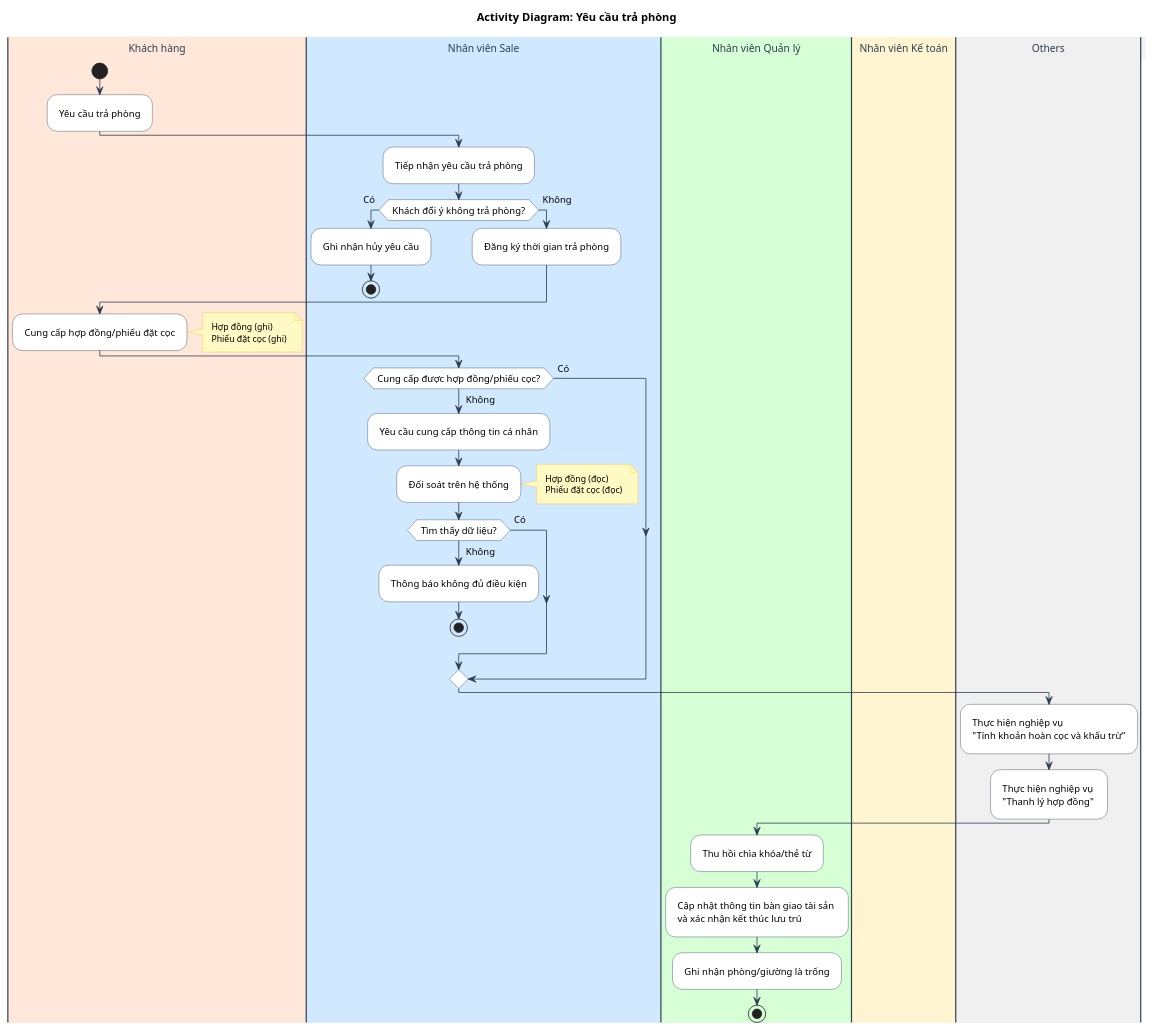
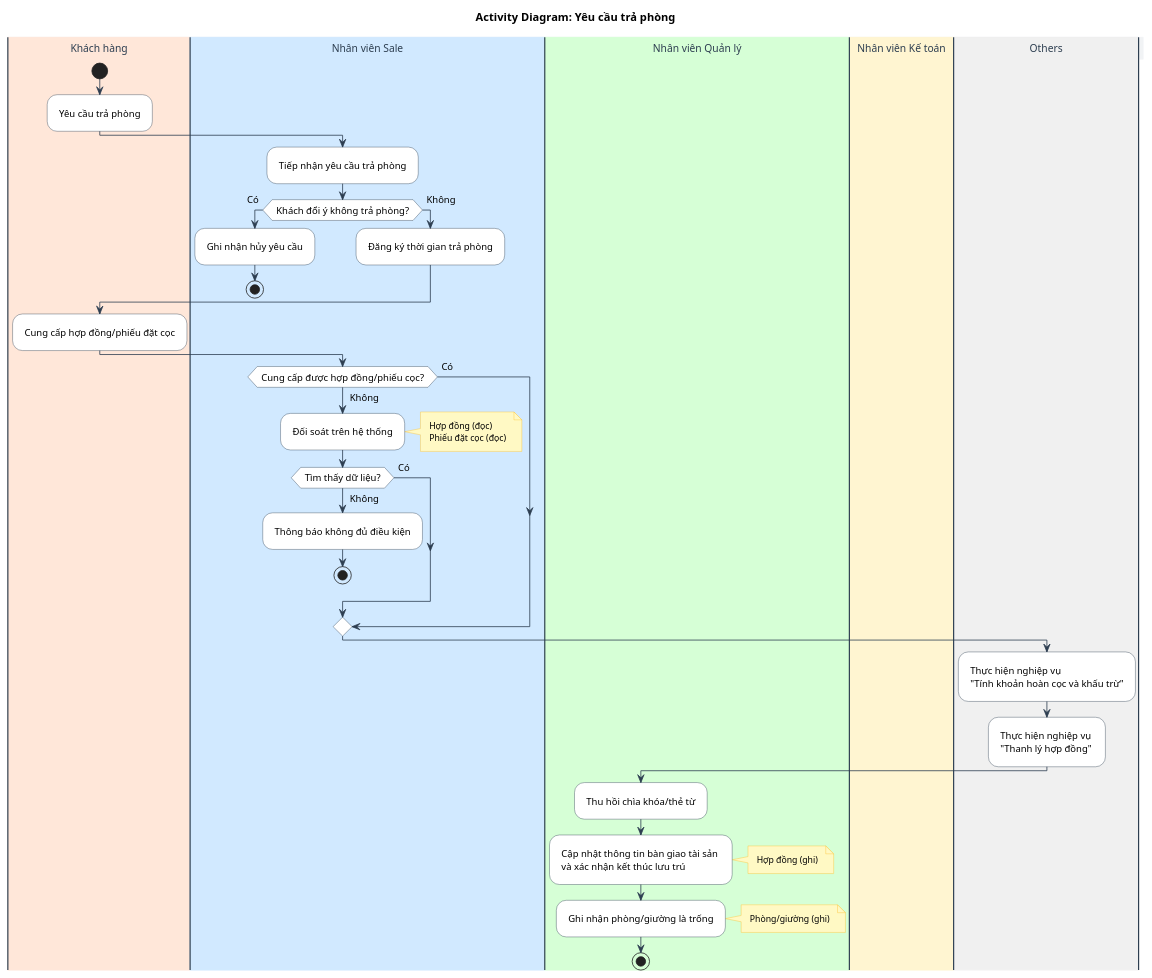
One commit to Gnourt812005/HCMUS-Analyze-and-desgin-IS changed the diagram in doc/business/activity/yeu_cau_tra_phong.wsd. Above: the diagram before and after it, drawn with PlantUML. The commit also changed 5 other files, not shown here.

```diff
--- a/doc/business/activity/yeu_cau_tra_phong.wsd
+++ b/doc/business/activity/yeu_cau_tra_phong.wsd
@@ -1,81 +1,82 @@
 @startuml YeuCauTraPhong
 title Activity Diagram: Yêu cầu trả phòng
 
 ' --- STYLE CONFIGURATION ---
 skinparam {
     ActivityBackgroundColor White
     ActivityBorderColor #2D3E50
     ArrowColor #2D3E50
     DefaultFontName "Arial"
     DefaultFontSize 12
     Padding 5
 
     ' Swimlane styling
     SwimlaneBorderColor #2D3E50
     SwimlaneTitleBackgroundColor #F1F3F5
     SwimlaneTitleFontSize 13
     SwimlaneTitleFontColor #2D3E50
     
     ' Note styling
     NoteBackgroundColor #FFF9C4
     NoteBorderColor #FBC02D
     NoteFontSize 11
 }
 
 ' --- SWIMLANES ---
 |#FFE7D9|Khách hàng|
 |#D1E9FF|Nhân viên Sale|
 |#D6FFD6|Nhân viên Quản lý|
 |#FFF5D1|Nhân viên Kế toán|
 |#F0F0F0|Others|
 
 
 ' Start
 |Khách hàng|
 start
 :Yêu cầu trả phòng;
 
 |Nhân viên Sale|
 :Tiếp nhận yêu cầu trả phòng;
 
 if (Khách đổi ý không trả phòng?) then (Có)
     :Ghi nhận hủy yêu cầu;
     stop
 else (Không)
     :Đăng ký thời gian trả phòng;
 endif
 
 |Khách hàng|
 :Cung cấp hợp đồng/phiếu đặt cọc;
-note right
-        Hợp đồng (ghi)
-        Phiếu đặt cọc (ghi)
-end note
 
 |Nhân viên Sale|
 if (Cung cấp được hợp đồng/phiếu cọc?) then (Không)
-    :Yêu cầu cung cấp thông tin cá nhân;
     :Đối soát trên hệ thống;
     note right
         Hợp đồng (đọc)
         Phiếu đặt cọc (đọc)
     end note
     if (Tìm thấy dữ liệu?) then (Không)
         :Thông báo không đủ điều kiện;
         stop
     else (Có)
     endif
 else (Có)
 endif
 
 |Others|
 :Thực hiện nghiệp vụ \n"Tính khoản hoàn cọc và khấu trừ";
 :Thực hiện nghiệp vụ \n"Thanh lý hợp đồng";
 
 |Nhân viên Quản lý|
 :Thu hồi chìa khóa/thẻ từ;
 :Cập nhật thông tin bàn giao tài sản \nvà xác nhận kết thúc lưu trú;
+note right
+  Hợp đồng (ghi)
+end note
 :Ghi nhận phòng/giường là trống;
+note right
+  Phòng/giường (ghi)
+end note
 stop
 
 @enduml
```
